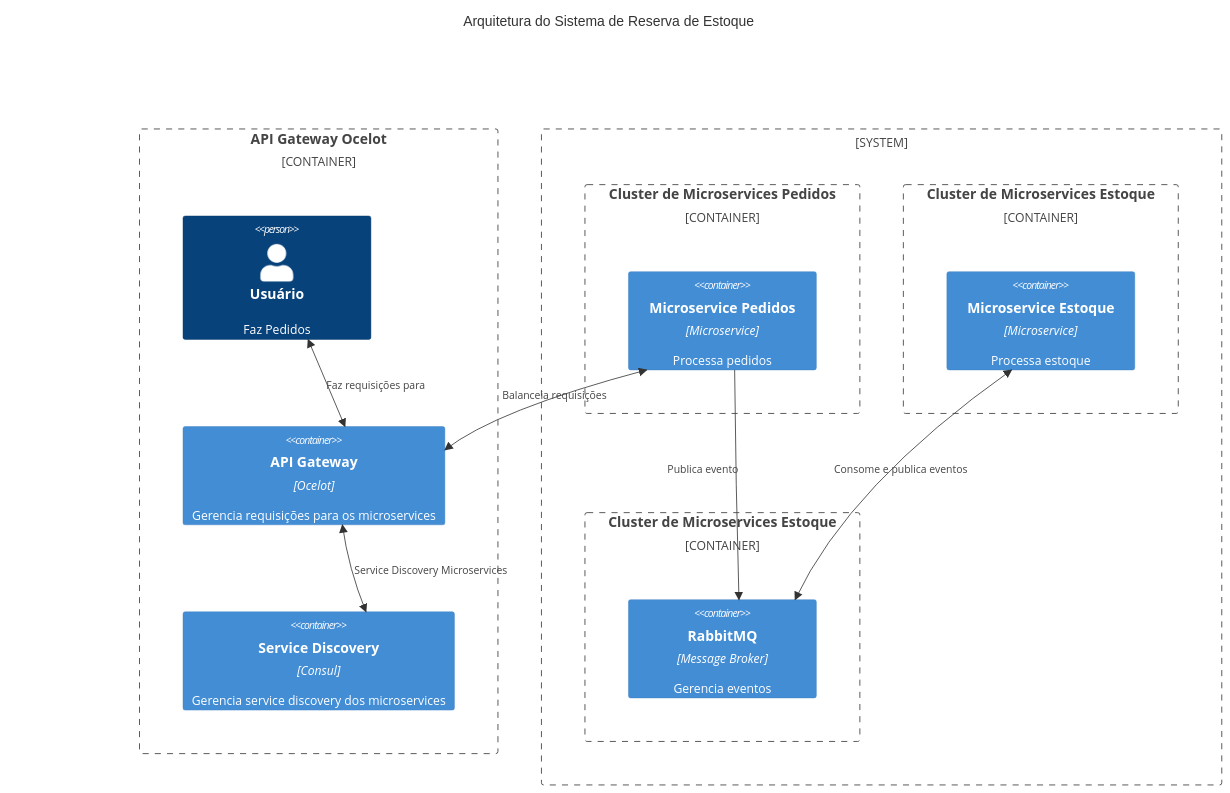
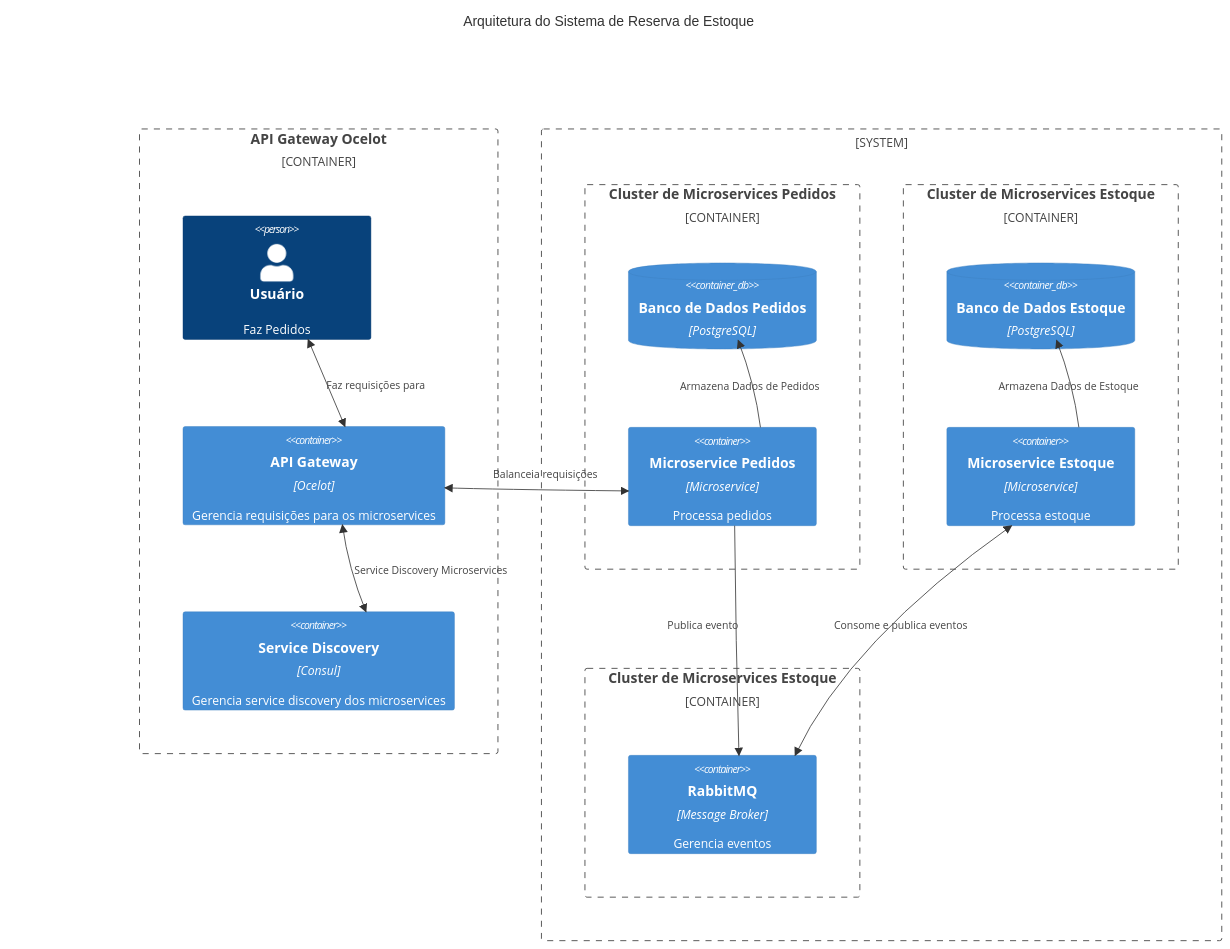
Before and after one commit to jeziellins/ReservaEstoqueDemo: the second of 2 diagrams in README.md, drawn with Mermaid. The commit also changed 1 other file, not shown here.

Commit message:
Incluindo banco de dados no Diagrama C4

````diff
--- a/README.md
+++ b/README.md
@@ -26,38 +26,41 @@
 ```mermaid
 C4Context
 title Arquitetura do Sistema de Reserva de Estoque
 
 Container_Boundary(Gateway, "API Gateway Ocelot") {    
     Person(Usuario, "Usuário", "Faz Pedidos")
     Container(API_Gateway, "API Gateway", "Ocelot", "Gerencia requisições para os microservices")
     Container(Consul, "Service Discovery", "Consul", "Gerencia service discovery dos microservices")    
 }
 
 System_Boundary(Componentes, "") {
     Container_Boundary(PedidosCluster, "Cluster de Microservices Pedidos") {
+        ContainerDb(MicroservicePedidosDB, "Banco de Dados Pedidos", "PostgreSQL")
         Container(MicroservicePedidos1, "Microservice Pedidos", "Microservice", "Processa pedidos")
-        
     }
 
     Container_Boundary(EstoqueCluster, "Cluster de Microservices Estoque") {
-        Container(MicroserviceEstoque1, "Microservice Estoque", "Microservice", "Processa estoque")
-        
+        ContainerDb(MicroserviceEstoqueDB, "Banco de Dados Estoque", "PostgreSQL")
+        Container(MicroserviceEstoque1, "Microservice Estoque", "Microservice", "Processa estoque")        
     }
 
     Container_Boundary(MessageBroker, "Cluster de Microservices Estoque") {
         Container(MessageBroker1, "RabbitMQ", "Message Broker", "Gerencia eventos")
-    }
-    
+    }    
 }
 
 BiRel(Usuario, API_Gateway, "Faz requisições para")
 BiRel(API_Gateway, Consul, "Service Discovery Microservices")
 BiRel(API_Gateway, MicroservicePedidos1, "Balanceia requisições")
 Rel(MicroservicePedidos1, MessageBroker1, "Publica evento")
 BiRel(MessageBroker1, MicroserviceEstoque1, "Consome e publica eventos")
+Rel(MicroservicePedidos1, MicroservicePedidosDB, "Armazena Dados de Pedidos")
+Rel(MicroserviceEstoque1, MicroserviceEstoqueDB, "Armazena Dados de Estoque")
 
 UpdateRelStyle(API_Gateway, MicroservicePedidos1, $offsetX="-50", $offsetY="-20")
 UpdateRelStyle(MicroservicePedidos1, MessageBroker1, $offsetX="-80", $offsetY="-20")
 UpdateRelStyle(MessageBroker1, MicroserviceEstoque1, $offsetX="-80", $offsetY="-20")
+UpdateRelStyle(MicroservicePedidos1, MicroservicePedidosDB, $offsetX="-80", $offsetY="0")
+UpdateRelStyle(MicroserviceEstoque1, MicroserviceEstoqueDB, $offsetX="-80", $offsetY="0")
 UpdateLayoutConfig($c4ShapeInRow="1", $c4BoundaryInRow="2")
 ```
````
